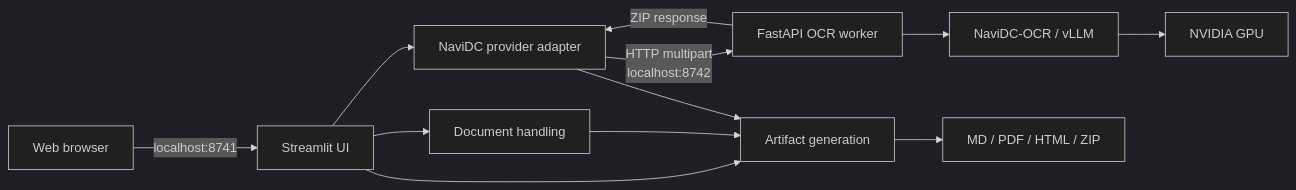
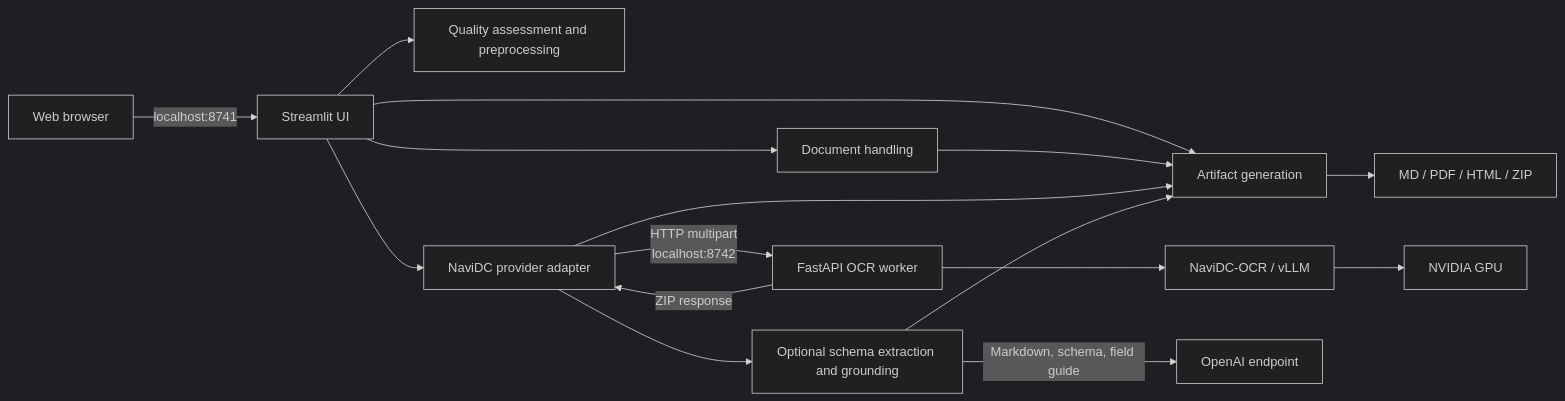
One commit to pypi-ahmad/NaviDC-OCR-Agentic-Document-Extraction changed the first of 2 diagrams in docs/architecture.md. Above: the diagram before and after it, drawn with Mermaid (dark theme). The commit also changed other lines of this file and 12 other files, not shown here.

````diff
--- a/docs/architecture.md
+++ b/docs/architecture.md
@@ -16,14 +19,18 @@
 ```mermaid
 flowchart LR
     Browser[Web browser] -->|localhost:8741| UI[Streamlit UI]
     UI --> Documents[Document handling]
+    UI --> Quality[Quality assessment and preprocessing]
     UI --> Client[NaviDC provider adapter]
     Client -->|HTTP multipart\nlocalhost:8742| Worker[FastAPI OCR worker]
     Worker --> Engine[NaviDC-OCR / vLLM]
     Engine --> GPU[NVIDIA GPU]
     Worker -->|ZIP response| Client
     UI --> Artifacts[Artifact generation]
     Documents --> Artifacts
     Client --> Artifacts
+    Client --> Semantic[Optional schema extraction and grounding]
+    Semantic -->|Markdown, schema, field guide| OpenAI[OpenAI endpoint]
+    Semantic --> Artifacts
     Artifacts --> Downloads[MD / PDF / HTML / ZIP]
 ```
````
